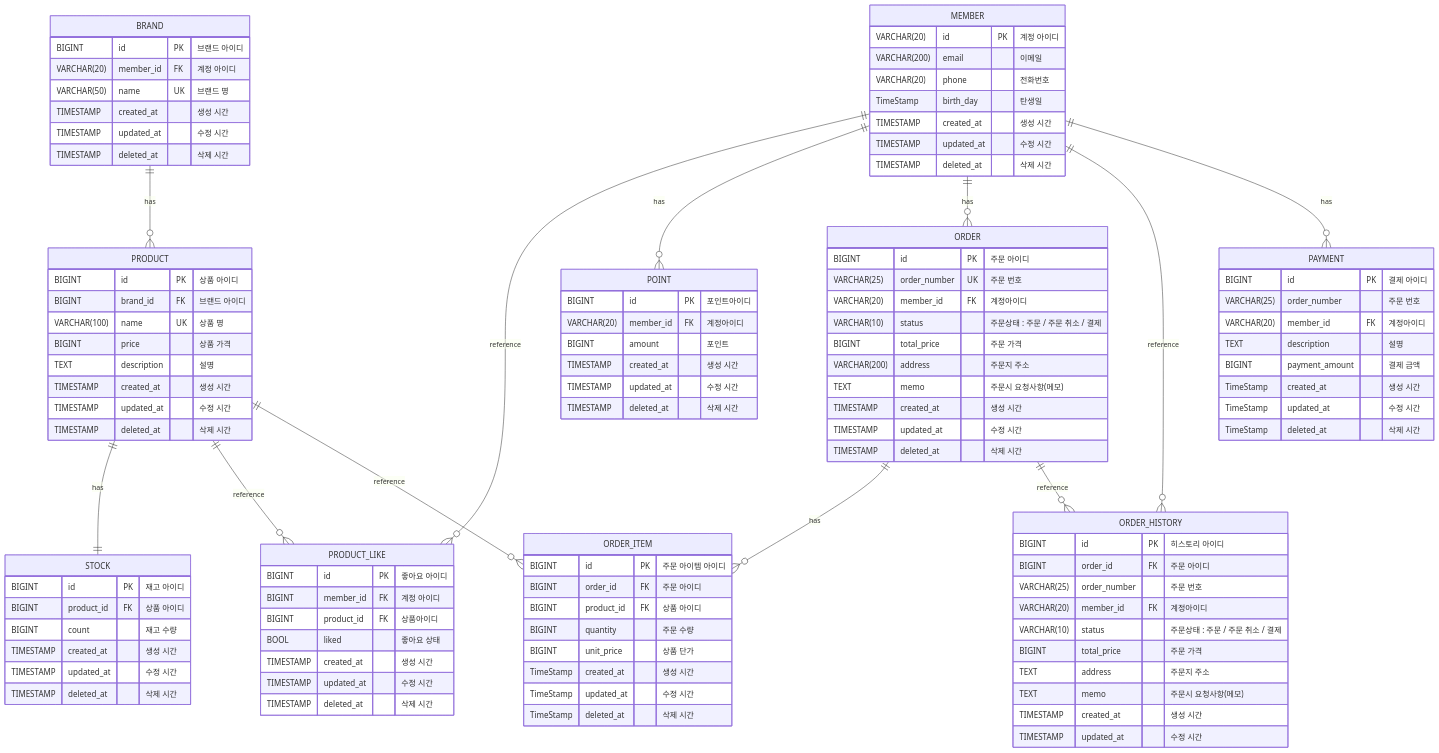
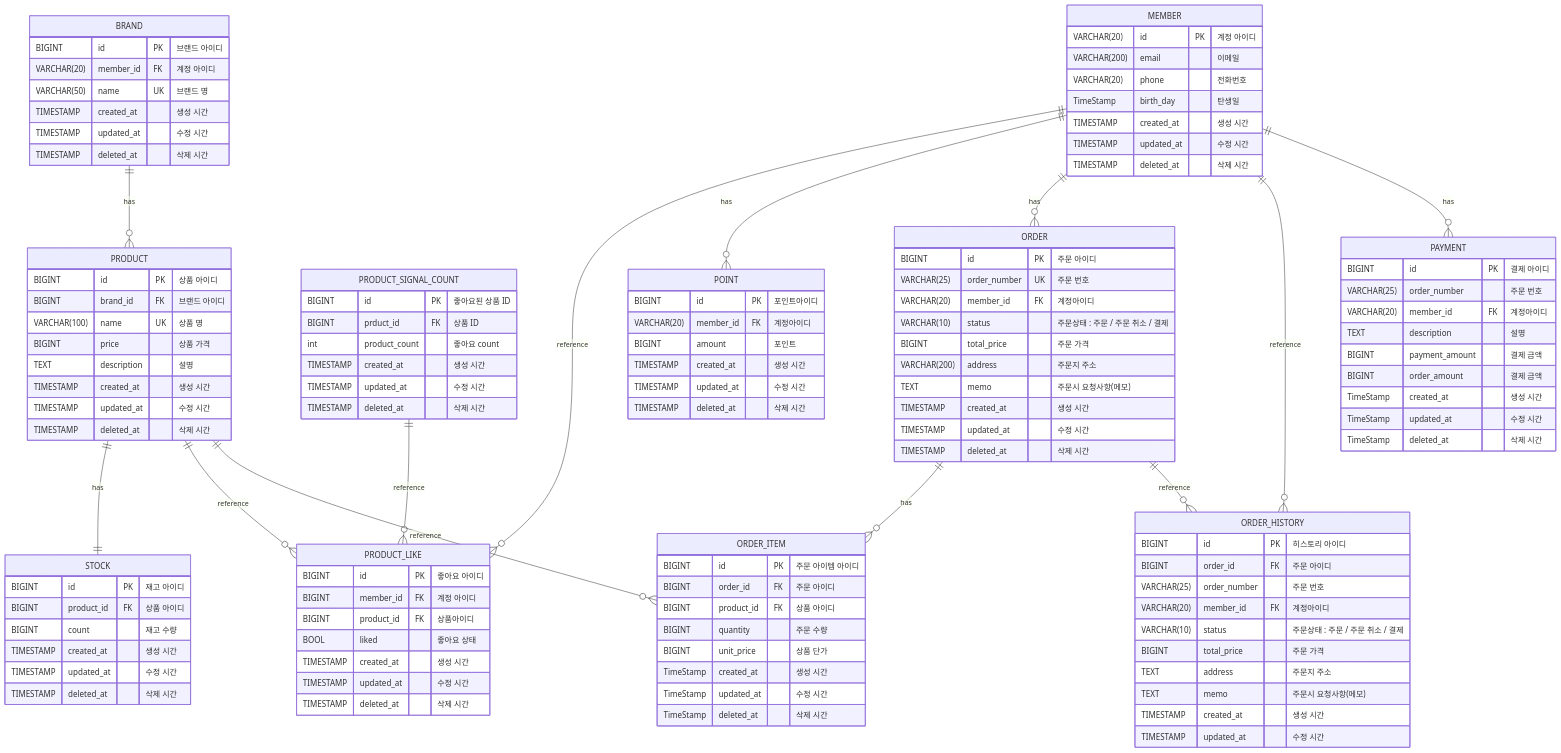
One commit to Loopers-Team-6/younghun changed the diagram in apps/commerce-api/docs/desigin/04-erd.md. Above: the diagram before and after it, drawn with Mermaid. The commit also changed 88 other files, not shown here.

```diff
--- a/apps/commerce-api/docs/desigin/04-erd.md
+++ b/apps/commerce-api/docs/desigin/04-erd.md
@@ -43,6 +43,16 @@
  BIGINT product_id FK "상품아이디"
  BOOL   liked  "좋아요 상태"
  
+ TIMESTAMP created_at "생성 시간"
+ TIMESTAMP updated_at "수정 시간"
+ TIMESTAMP deleted_at "삭제 시간"
+}
+
+%%좋아요된 상품
+PRODUCT_SIGNAL_COUNT { 
+ BIGINT id PK "좋아요된 상품 ID"
+ BIGINT prduct_id FK "상품 ID"
+ int product_count "좋아요 count"
  TIMESTAMP created_at "생성 시간"
  TIMESTAMP updated_at "수정 시간"
  TIMESTAMP deleted_at "삭제 시간"
@@ -126,6 +136,7 @@
  VARCHAR(20) member_id FK "계정아이디"
  TEXT description "설명"
  BIGINT payment_amount "결제 금액"
+ BIGINT order_amount "결제 금액"
  TimeStamp created_at "생성 시간"
  TimeStamp updated_at "수정 시간"
  TimeStamp deleted_at "삭제 시간"    
@@ -136,6 +147,8 @@
 
 PRODUCT || -- o{PRODUCT_LIKE  : reference
 MEMBER || -- o{PRODUCT_LIKE : reference
+
+PRODUCT_SIGNAL_COUNT || -- o{PRODUCT_LIKE : reference
 
 MEMBER || -- o{ POINT : has
 
```
